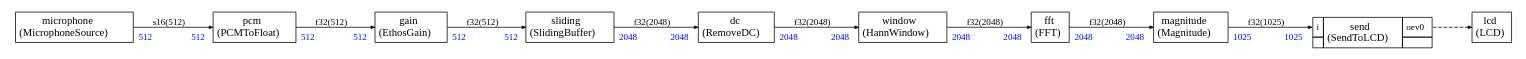
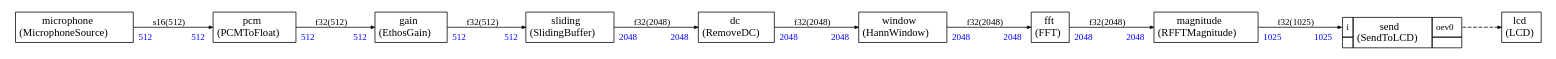
One commit to christophe0606/EthosCatalog changed the diagram in projects/template_mram/generated/app.dot. Above: the diagram before and after it, drawn with Graphviz. The commit also changed 62 other files, not shown here.

```diff
--- a/projects/template_mram/generated/app.dot
+++ b/projects/template_mram/generated/app.dot
@@ -1,149 +1,149 @@
 
 
 
 
 
 
 digraph structs {
     bgcolor = "white"
     node [shape=plaintext,color="black",fontcolor="black",fontname="Times-Roman"]
     rankdir=LR
     edge [arrowsize="0.5",color="black",fontcolor="black",fontname="Times-Roman"]
 
 
 dc [label=<
 <TABLE color="black" bgcolor="none" BORDER="0" CELLBORDER="1" CELLSPACING="0" CELLPADDING="4">
   <TR>
     <TD ALIGN="CENTER" PORT="i"><FONT COLOR="black" POINT-SIZE="14.0">dc<BR/>(RemoveDC)</FONT></TD>
   </TR>
 </TABLE>>];
 
 fft [label=<
 <TABLE color="black" bgcolor="none" BORDER="0" CELLBORDER="1" CELLSPACING="0" CELLPADDING="4">
   <TR>
     <TD ALIGN="CENTER" PORT="i"><FONT COLOR="black" POINT-SIZE="14.0">fft<BR/>(FFT)</FONT></TD>
   </TR>
 </TABLE>>];
 
 gain [label=<
 <TABLE color="black" bgcolor="none" BORDER="0" CELLBORDER="1" CELLSPACING="0" CELLPADDING="4">
   <TR>
     <TD ALIGN="CENTER" PORT="i"><FONT COLOR="black" POINT-SIZE="14.0">gain<BR/>(EthosGain)</FONT></TD>
   </TR>
 </TABLE>>];
 
 magnitude [label=<
 <TABLE color="black" bgcolor="none" BORDER="0" CELLBORDER="1" CELLSPACING="0" CELLPADDING="4">
   <TR>
-    <TD ALIGN="CENTER" PORT="i"><FONT COLOR="black" POINT-SIZE="14.0">magnitude<BR/>(Magnitude)</FONT></TD>
+    <TD ALIGN="CENTER" PORT="i"><FONT COLOR="black" POINT-SIZE="14.0">magnitude<BR/>(RFFTMagnitude)</FONT></TD>
   </TR>
 </TABLE>>];
 
 microphone [label=<
 <TABLE color="black" bgcolor="none" BORDER="0" CELLBORDER="1" CELLSPACING="0" CELLPADDING="4">
   <TR>
     <TD ALIGN="CENTER" PORT="i"><FONT COLOR="black" POINT-SIZE="14.0">microphone<BR/>(MicrophoneSource)</FONT></TD>
   </TR>
 </TABLE>>];
 
 pcm [label=<
 <TABLE color="black" bgcolor="none" BORDER="0" CELLBORDER="1" CELLSPACING="0" CELLPADDING="4">
   <TR>
     <TD ALIGN="CENTER" PORT="i"><FONT COLOR="black" POINT-SIZE="14.0">pcm<BR/>(PCMToFloat)</FONT></TD>
   </TR>
 </TABLE>>];
 
 
 send [label=<
 <TABLE color="black" bgcolor="none" BORDER="0" CELLBORDER="1" CELLSPACING="0" CELLPADDING="4">
   <TR>
     <TD PORT="i"><FONT POINT-SIZE="12.0" COLOR="black">i</FONT></TD>
     <TD ALIGN="CENTER" ROWSPAN="2"><FONT COLOR="black" POINT-SIZE="14.0">send<BR/>(SendToLCD)</FONT></TD>
     <TD PORT="oev0"><FONT POINT-SIZE="12.0" COLOR="black">oev0</FONT></TD>
   </TR>
 <TR>
  
 <TD></TD>
  
 <TD></TD></TR>
 
 </TABLE>>];
 
 sliding [label=<
 <TABLE color="black" bgcolor="none" BORDER="0" CELLBORDER="1" CELLSPACING="0" CELLPADDING="4">
   <TR>
     <TD ALIGN="CENTER" PORT="i"><FONT COLOR="black" POINT-SIZE="14.0">sliding<BR/>(SlidingBuffer)</FONT></TD>
   </TR>
 </TABLE>>];
 
 window [label=<
 <TABLE color="black" bgcolor="none" BORDER="0" CELLBORDER="1" CELLSPACING="0" CELLPADDING="4">
   <TR>
     <TD ALIGN="CENTER" PORT="i"><FONT COLOR="black" POINT-SIZE="14.0">window<BR/>(HannWindow)</FONT></TD>
   </TR>
 </TABLE>>];
 
 lcd [label=<
 <TABLE color="black" bgcolor="none" BORDER="0" CELLBORDER="1" CELLSPACING="0" CELLPADDING="4">
   <TR>
     <TD ALIGN="CENTER" PORT="i"><FONT COLOR="black" POINT-SIZE="14.0">lcd<BR/>(LCD)</FONT></TD>
   </TR>
 </TABLE>>];
 
 
 
 microphone:i -> pcm:i [style="solid",color="black",fontsize="12.0",fontcolor="black",label=<s16(512)>
 ,headlabel=<<TABLE BORDER="0" CELLPADDING="4"><TR><TD><FONT COLOR="blue" POINT-SIZE="12.0" >512</FONT>
 </TD></TR></TABLE>>
 ,taillabel=<<TABLE BORDER="0" CELLPADDING="4"><TR><TD><FONT COLOR="blue" POINT-SIZE="12.0" >512</FONT>
 </TD></TR></TABLE>>]
 
 pcm:i -> gain:i [style="solid",color="black",fontsize="12.0",fontcolor="black",label=<f32(512)>
 ,headlabel=<<TABLE BORDER="0" CELLPADDING="4"><TR><TD><FONT COLOR="blue" POINT-SIZE="12.0" >512</FONT>
 </TD></TR></TABLE>>
 ,taillabel=<<TABLE BORDER="0" CELLPADDING="4"><TR><TD><FONT COLOR="blue" POINT-SIZE="12.0" >512</FONT>
 </TD></TR></TABLE>>]
 
 gain:i -> sliding:i [style="solid",color="black",fontsize="12.0",fontcolor="black",label=<f32(512)>
 ,headlabel=<<TABLE BORDER="0" CELLPADDING="4"><TR><TD><FONT COLOR="blue" POINT-SIZE="12.0" >512</FONT>
 </TD></TR></TABLE>>
 ,taillabel=<<TABLE BORDER="0" CELLPADDING="4"><TR><TD><FONT COLOR="blue" POINT-SIZE="12.0" >512</FONT>
 </TD></TR></TABLE>>]
 
 sliding:i -> dc:i [style="solid",color="black",fontsize="12.0",fontcolor="black",label=<f32(2048)>
 ,headlabel=<<TABLE BORDER="0" CELLPADDING="4"><TR><TD><FONT COLOR="blue" POINT-SIZE="12.0" >2048</FONT>
 </TD></TR></TABLE>>
 ,taillabel=<<TABLE BORDER="0" CELLPADDING="4"><TR><TD><FONT COLOR="blue" POINT-SIZE="12.0" >2048</FONT>
 </TD></TR></TABLE>>]
 
 dc:i -> window:i [style="solid",color="black",fontsize="12.0",fontcolor="black",label=<f32(2048)>
 ,headlabel=<<TABLE BORDER="0" CELLPADDING="4"><TR><TD><FONT COLOR="blue" POINT-SIZE="12.0" >2048</FONT>
 </TD></TR></TABLE>>
 ,taillabel=<<TABLE BORDER="0" CELLPADDING="4"><TR><TD><FONT COLOR="blue" POINT-SIZE="12.0" >2048</FONT>
 </TD></TR></TABLE>>]
 
 window:i -> fft:i [style="solid",color="black",fontsize="12.0",fontcolor="black",label=<f32(2048)>
 ,headlabel=<<TABLE BORDER="0" CELLPADDING="4"><TR><TD><FONT COLOR="blue" POINT-SIZE="12.0" >2048</FONT>
 </TD></TR></TABLE>>
 ,taillabel=<<TABLE BORDER="0" CELLPADDING="4"><TR><TD><FONT COLOR="blue" POINT-SIZE="12.0" >2048</FONT>
 </TD></TR></TABLE>>]
 
 fft:i -> magnitude:i [style="solid",color="black",fontsize="12.0",fontcolor="black",label=<f32(2048)>
 ,headlabel=<<TABLE BORDER="0" CELLPADDING="4"><TR><TD><FONT COLOR="blue" POINT-SIZE="12.0" >2048</FONT>
 </TD></TR></TABLE>>
 ,taillabel=<<TABLE BORDER="0" CELLPADDING="4"><TR><TD><FONT COLOR="blue" POINT-SIZE="12.0" >2048</FONT>
 </TD></TR></TABLE>>]
 
 magnitude:i -> send:i [style="solid",color="black",fontsize="12.0",fontcolor="black",label=<f32(1025)>
 ,headlabel=<<TABLE BORDER="0" CELLPADDING="4"><TR><TD><FONT COLOR="blue" POINT-SIZE="12.0" >1025</FONT>
 </TD></TR></TABLE>>
 ,taillabel=<<TABLE BORDER="0" CELLPADDING="4"><TR><TD><FONT COLOR="blue" POINT-SIZE="12.0" >1025</FONT>
 </TD></TR></TABLE>>]
 
 
 
 send:oev0 -> lcd:i [style="dashed",color="black",fontsize="12.0",fontcolor="black",label=<>
 
 ]
 
 }
```
